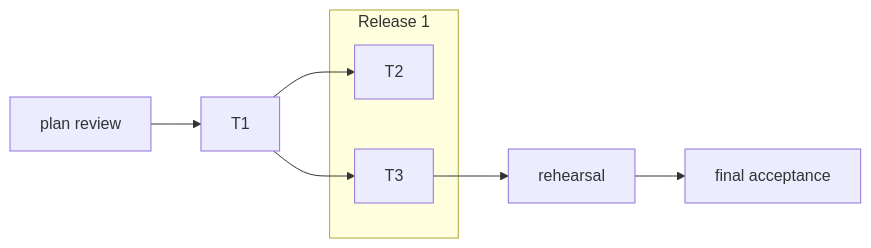
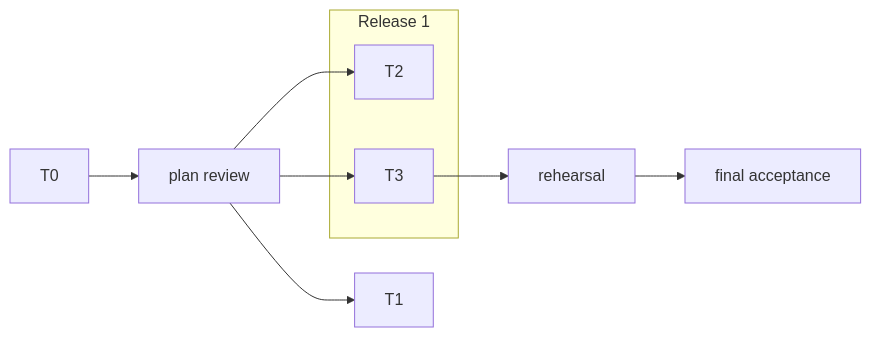
One commit to fgmacedo/agent-skills changed the diagram in skills/orchestrating-large-changes/references/plan.md. Above: the diagram before and after it, drawn with Mermaid. The commit also changed other lines of this file and 11 other files, not shown here.

````diff
--- a/skills/orchestrating-large-changes/references/plan.md
+++ b/skills/orchestrating-large-changes/references/plan.md
@@ -36,10 +40,9 @@
 ```mermaid
 flowchart LR
-  P0[plan review] --> T1
-  T1 --> T2 & T3
+  T0 --> P0[plan review] --> T1 & T2 & T3
   subgraph r1["Release 1"]
     T2
     T3
   end
   T3 --> R[rehearsal] --> A[final acceptance]
 ```
````
